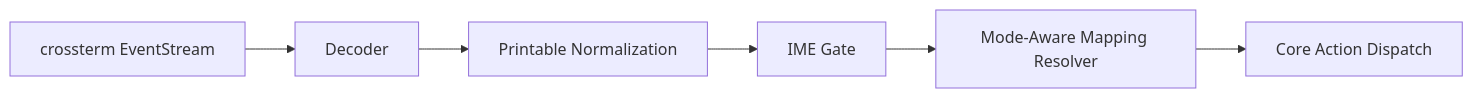
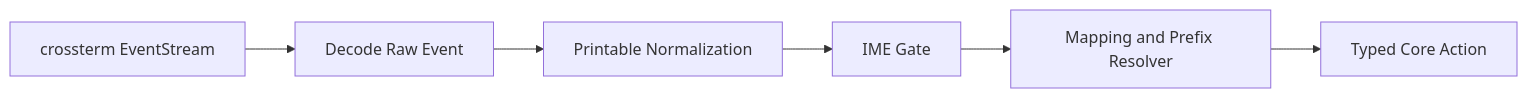
One commit to lkjsxc/kjxlkj changed the diagram in docs/spec/architecture/input-decoding.md. Above: the diagram before and after it, drawn with Mermaid. The commit also changed other lines of this file and 13 other files, not shown here.

````diff
--- a/docs/spec/architecture/input-decoding.md
+++ b/docs/spec/architecture/input-decoding.md
@@ -9,8 +9,8 @@
 ```mermaid
 graph LR
-  EVT[crossterm EventStream] --> DEC[Decoder]
+  EVT[crossterm EventStream] --> DEC[Decode Raw Event]
   DEC --> NORM[Printable Normalization]
   NORM --> IME[IME Gate]
-  IME --> MAP[Mode-Aware Mapping Resolver]
-  MAP --> CORE[Core Action Dispatch]
+  IME --> MAP[Mapping and Prefix Resolver]
+  MAP --> CORE[Typed Core Action]
 ```
````
